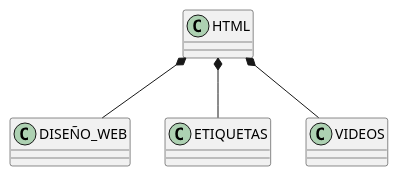
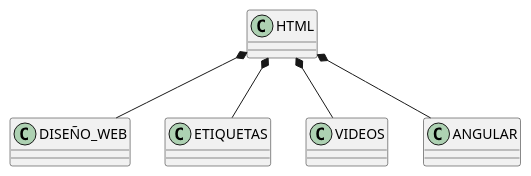
One commit to CodeURJC-DAW-2018-19/santatecla-relaciones-2 changed the diagram in relman/images/compHTML.plantuml. Above: the diagram before and after it, drawn with PlantUML. The commit also changed 29 other files, not shown here.

```diff
--- a/relman/images/compHTML.plantuml
+++ b/relman/images/compHTML.plantuml
@@ -1,5 +1,6 @@
 @startuml
 HTML *-- DISEÑO_WEB
 HTML *-- ETIQUETAS
 HTML *-- VIDEOS
+HTML *-- ANGULAR
 @enduml
```
